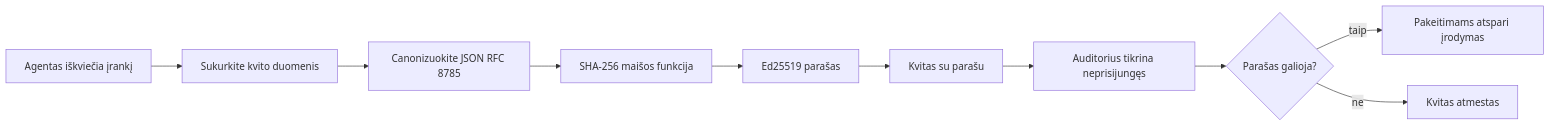
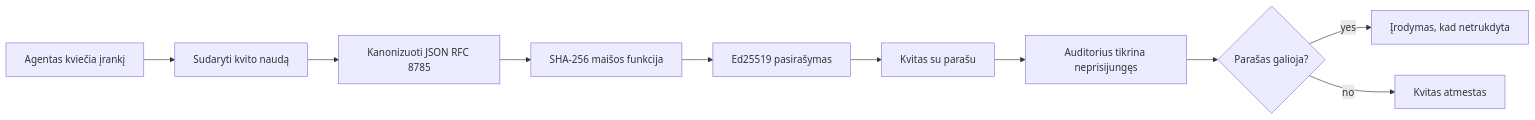
Before and after one commit to gabrielmoreira/agent-skills-mirror: the first of 2 diagrams in mirrors/repos/microsoft@ai-agents-for-beginners/translations/lt/18-securing-ai-agents/README.md, drawn with Mermaid. The commit also changed other lines of this file and 4482 other files, not shown here.

````diff
--- a/mirrors/repos/microsoft@ai-agents-for-beginners/translations/lt/18-securing-ai-agents/README.md
+++ b/mirrors/repos/microsoft@ai-agents-for-beginners/translations/lt/18-securing-ai-agents/README.md
@@ -51,12 +51,12 @@
 ```mermaid
 flowchart LR
-    A[Agentas iškviečia įrankį] --> B[Sukurkite kvito duomenis]
-    B --> C[Canonizuokite JSON RFC 8785]
+    A[Agentas kviečia įrankį] --> B[Sudaryti kvito naudą]
+    B --> C[Kanonizuoti JSON RFC 8785]
     C --> D[SHA-256 maišos funkcija]
-    D --> E[Ed25519 parašas]
+    D --> E[Ed25519 pasirašymas]
     E --> F[Kvitas su parašu]
     F --> G[Auditorius tikrina neprisijungęs]
     G --> H{Parašas galioja?}
-    H -- taip --> I[Pakeitimams atspari įrodymas]
-    H -- ne --> J[Kvitas atmestas]
+    H -- yes --> I[Įrodymas, kad netrukdyta]
+    H -- no --> J[Kvitas atmestas]
 ```
````
